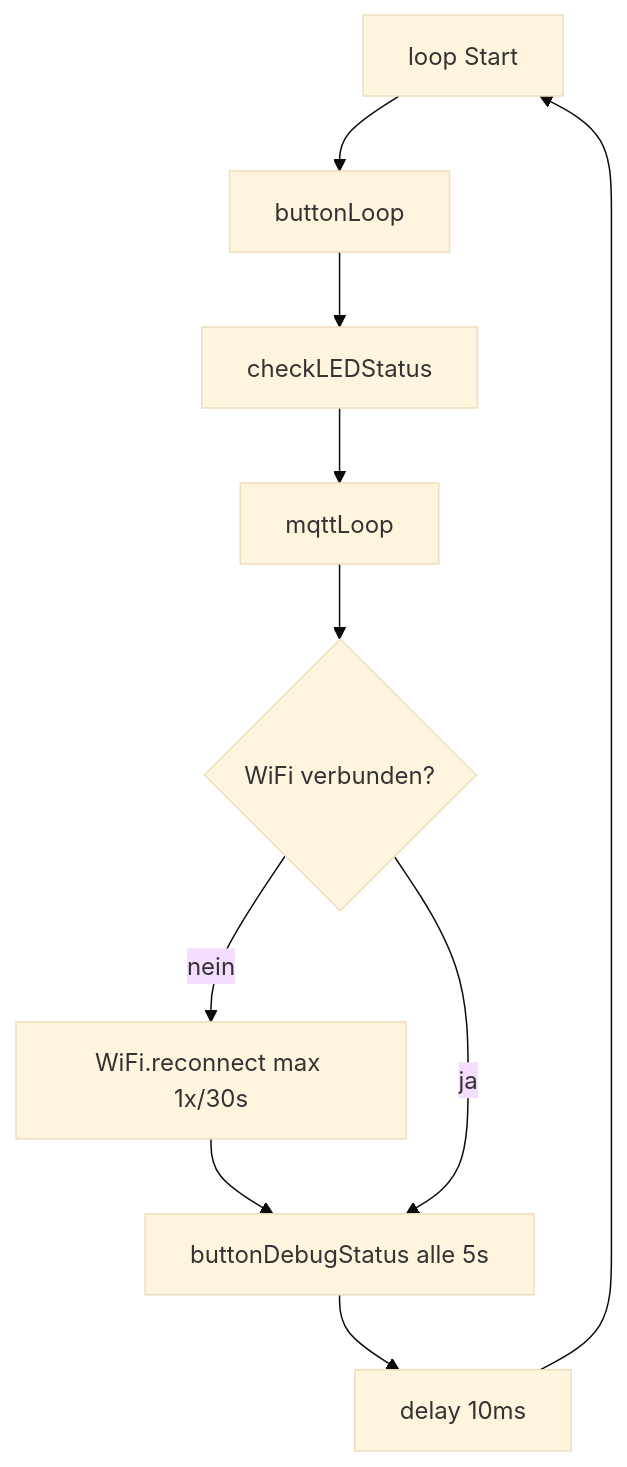
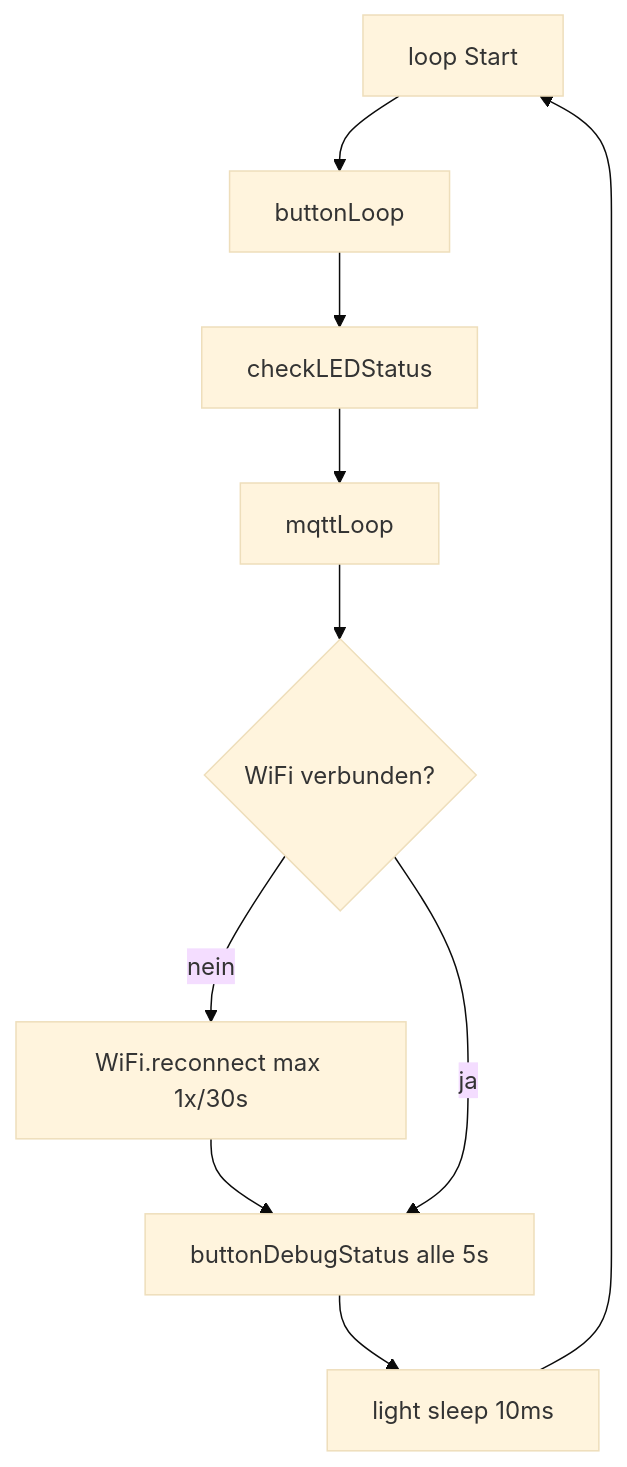
One commit to EyJunge1/chaya2mqtt changed the fourth of 4 diagrams in docs/ARCHITECTURE.md. Above: the diagram before and after it, drawn with Mermaid (base theme). The commit also changed other lines of this file and 11 other files, not shown here.

````diff
--- a/docs/ARCHITECTURE.md
+++ b/docs/ARCHITECTURE.md
@@ -100,17 +100,17 @@
 ```mermaid
 flowchart TD
     start[loop Start]
     btn[buttonLoop]
     led[checkLEDStatus]
     mq[mqttLoop]
     wifi{WiFi verbunden?}
     recon[WiFi.reconnect max 1x/30s]
     dbg[buttonDebugStatus alle 5s]
-    wait[delay 10ms]
+    wait[light sleep 10ms]
 
     start --> btn --> led --> mq
     mq --> wifi
     wifi -->|nein| recon --> dbg
     wifi -->|ja| dbg
     dbg --> wait --> start
 ```
````
